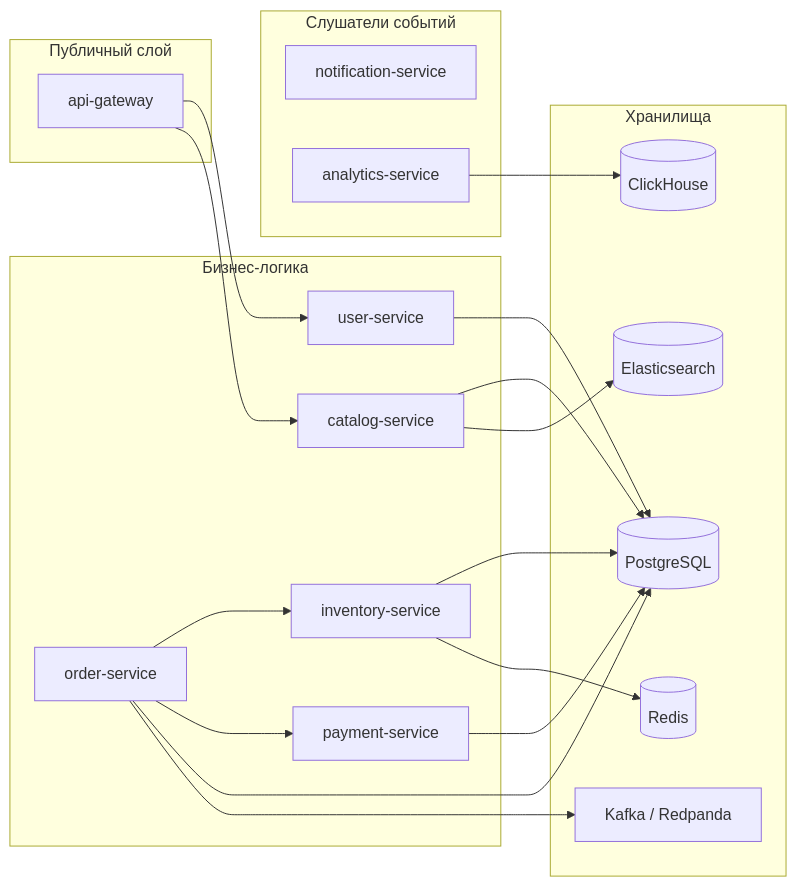
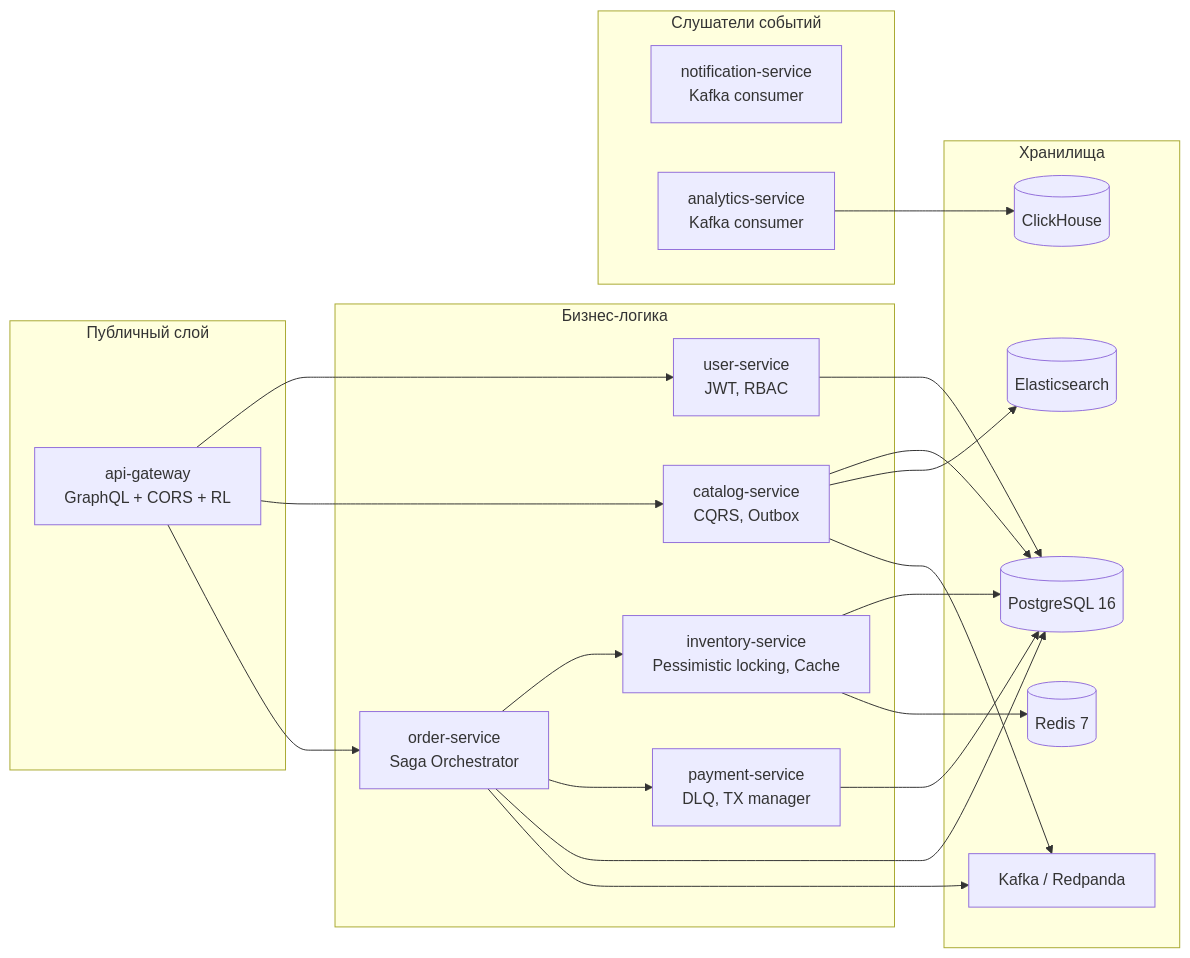
Before and after one commit to ekhodzitsky/go-ozon-marketplace: the first of 8 diagrams in docs/ARCHITECTURE.md, drawn with Mermaid. The commit also changed other lines of this file and 52 other files, not shown here.

````diff
--- a/docs/ARCHITECTURE.md
+++ b/docs/ARCHITECTURE.md
@@ -7,35 +12,35 @@
 ```mermaid
 graph LR
     subgraph "Публичный слой"
-        AG[api-gateway]
+        AG[api-gateway<br/>GraphQL + CORS + RL]
     end
 
     subgraph "Бизнес-логика"
-        US[user-service]
-        CS[catalog-service]
-        OS[order-service]
-        IS[inventory-service]
-        PS[payment-service]
+        US[user-service<br/>JWT, RBAC]
+        CS[catalog-service<br/>CQRS, Outbox]
+        OS[order-service<br/>Saga Orchestrator]
+        IS[inventory-service<br/>Pessimistic locking, Cache]
+        PS[payment-service<br/>DLQ, TX manager]
     end
 
     subgraph "Слушатели событий"
-        NS[notification-service]
-        AS[analytics-service]
+        NS[notification-service<br/>Kafka consumer]
+        AS[analytics-service<br/>Kafka consumer]
     end
 
     subgraph "Хранилища"
-        PG[(PostgreSQL)]
-        Redis[(Redis)]
+        PG[(PostgreSQL 16)]
+        Redis[(Redis 7)]
         ES[(Elasticsearch)]
         CH[(ClickHouse)]
         Kafka[Kafka / Redpanda]
     end
 
-    AG --> US & CS
+    AG --> US & CS & OS
     OS --> IS & PS
     US & CS & OS & IS & PS --> PG
     IS --> Redis
     CS --> ES
-    OS --> Kafka
+    OS & CS --> Kafka
     AS --> CH
 ```
````
